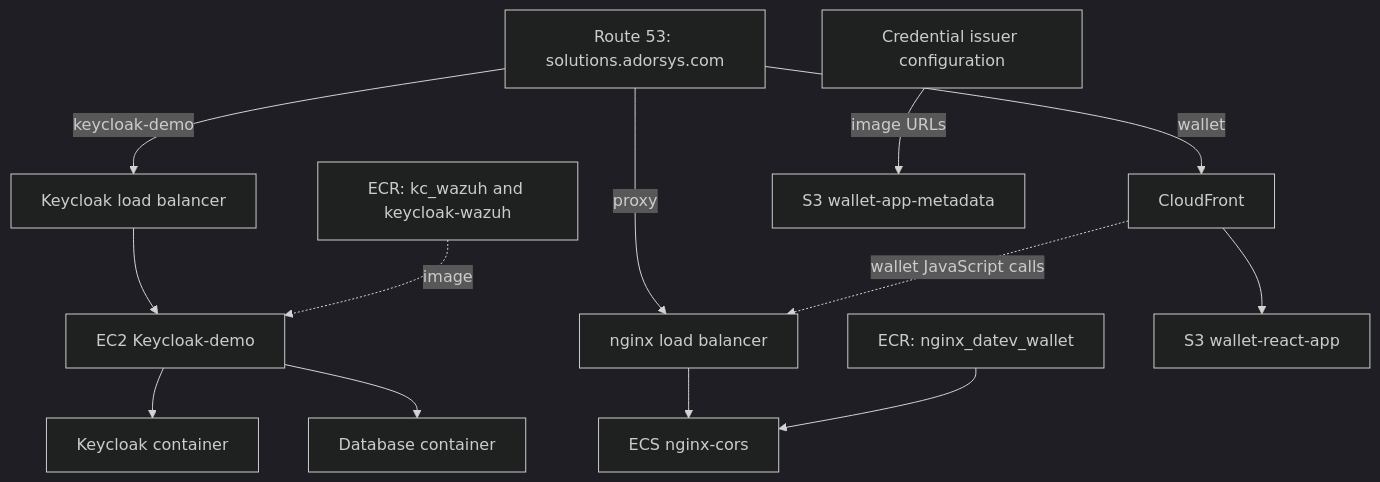
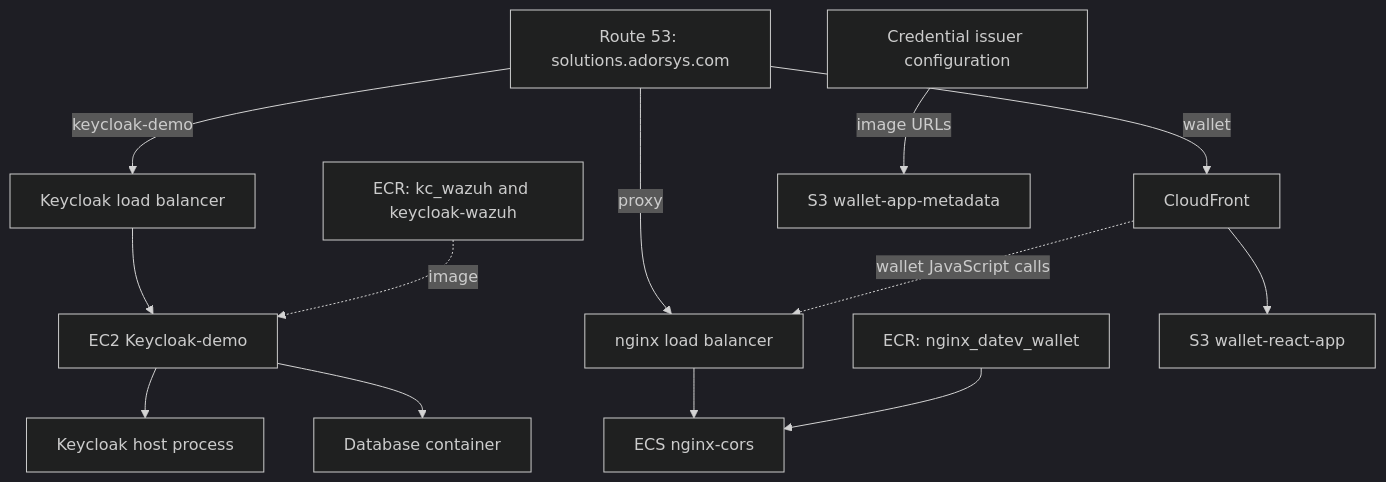
One commit to forkimenjeckayang/Documentations changed the first of 2 diagrams in aws-sandbox-audi/MIGRATION-PLAN.md. Above: the diagram before and after it, drawn with Mermaid (dark theme). The commit also changed other lines of this file and 3 other files, not shown here.

````diff
--- a/aws-sandbox-audi/MIGRATION-PLAN.md
+++ b/aws-sandbox-audi/MIGRATION-PLAN.md
@@ -49,20 +49,20 @@
 ```mermaid
 flowchart TD
     DNS[Route 53: solutions.adorsys.com]
 
     DNS -->|keycloak-demo| KALB[Keycloak load balancer]
     KALB --> KEC2[EC2 Keycloak-demo]
-    KEC2 --> KC[Keycloak container]
+    KEC2 --> KC[Keycloak host process]
     KEC2 --> DB[Database container]
     KECR[ECR: kc_wazuh and keycloak-wazuh] -. image .-> KEC2
 
     DNS -->|proxy| PALB[nginx load balancer]
     PALB --> ECS[ECS nginx-cors]
     NECR[ECR: nginx_datev_wallet] --> ECS
 
     DNS -->|wallet| CF[CloudFront]
     CF --> WB[S3 wallet-react-app]
     CF -. wallet JavaScript calls .-> PALB
 
     CONFIG[Credential issuer configuration] -->|image URLs| MB[S3 wallet-app-metadata]
 ```
````
